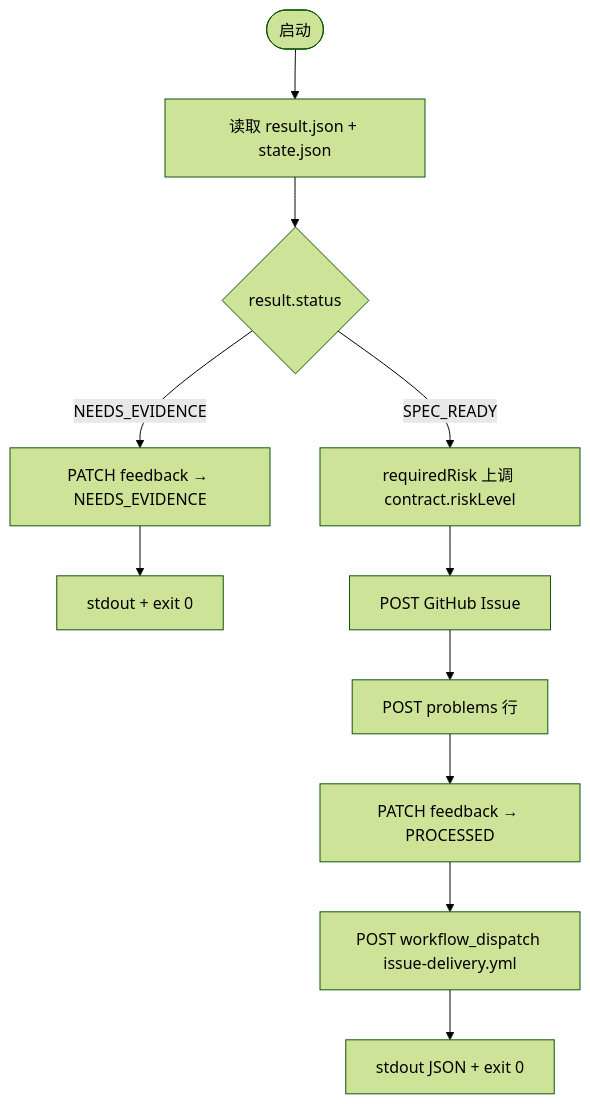
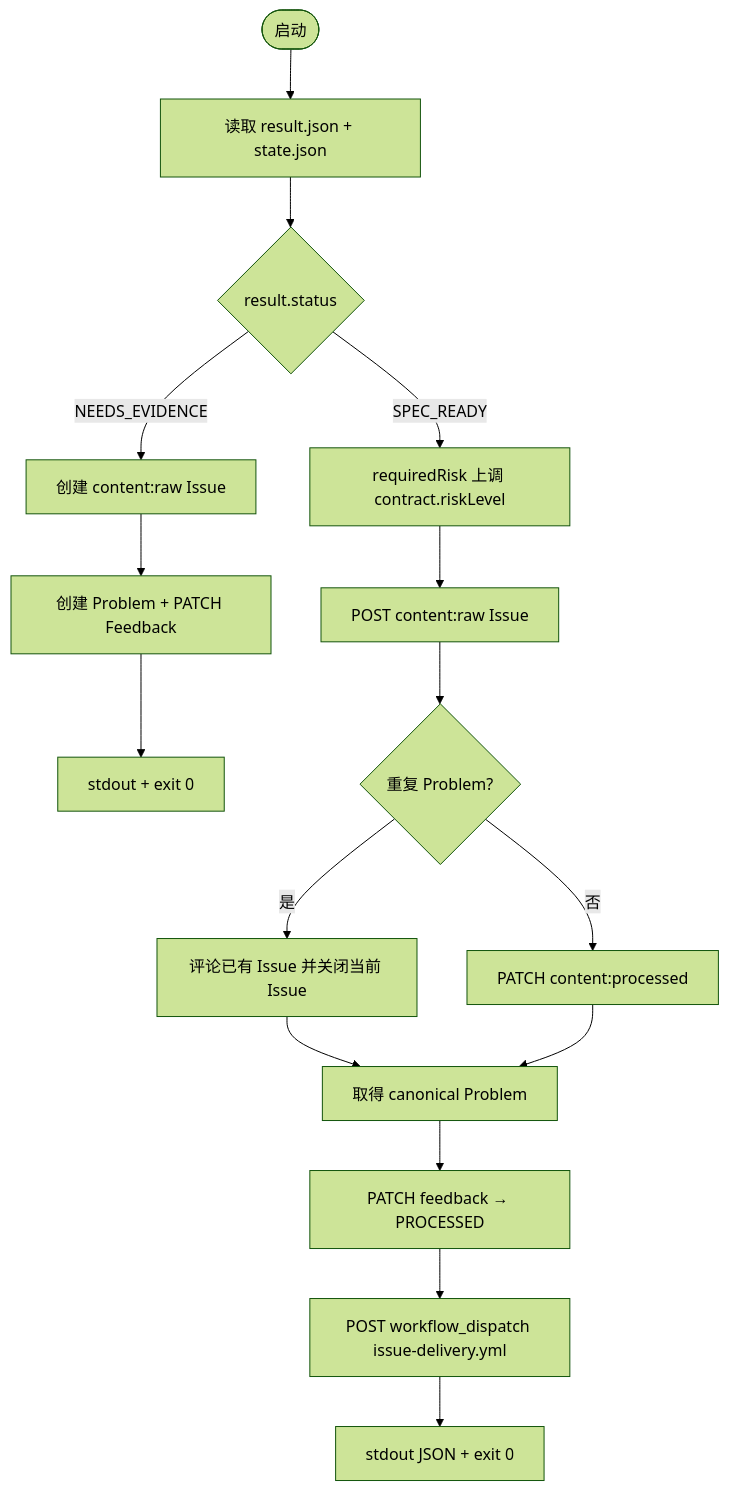
Before and after one commit to liuzhuang/signalpatch: the third of 5 diagrams in .github/workflows/feedback-intake.yml.md, drawn with Mermaid (forest theme). The commit also changed other lines of this file and 24 other files, not shown here.

First line of the commit message:
feat(issue-lifecycle): 统一 Issue raw/processed 生命周期并显式 dispatch Delivery

````diff
--- a/.github/workflows/feedback-intake.yml.md
+++ b/.github/workflows/feedback-intake.yml.md
@@ -337,13 +337,18 @@
 ```mermaid
 flowchart TD
   start([启动]) --> read[读取 result.json + state.json]
   read --> branch{result.status}
-  branch -->|NEEDS_EVIDENCE| ne[PATCH feedback → NEEDS_EVIDENCE]
+  branch -->|NEEDS_EVIDENCE| raw[创建 content:raw Issue]
+  raw --> ne[创建 Problem + PATCH Feedback]
   ne --> neExit[stdout + exit 0]
   branch -->|SPEC_READY| risk[requiredRisk 上调 contract.riskLevel]
-  risk --> issue[POST GitHub Issue]
-  issue --> problem[POST problems 行]
+  risk --> issue[POST content:raw Issue]
+  issue --> duplicate{重复 Problem?}
+  duplicate -->|是| close[评论已有 Issue 并关闭当前 Issue]
+  duplicate -->|否| promote[PATCH content:processed]
+  close --> problem[取得 canonical Problem]
+  promote --> problem
   problem --> fb[PATCH feedback → PROCESSED]
   fb --> dispatch[POST workflow_dispatch issue-delivery.yml]
   dispatch --> okOut[stdout JSON + exit 0]
 ```
````
